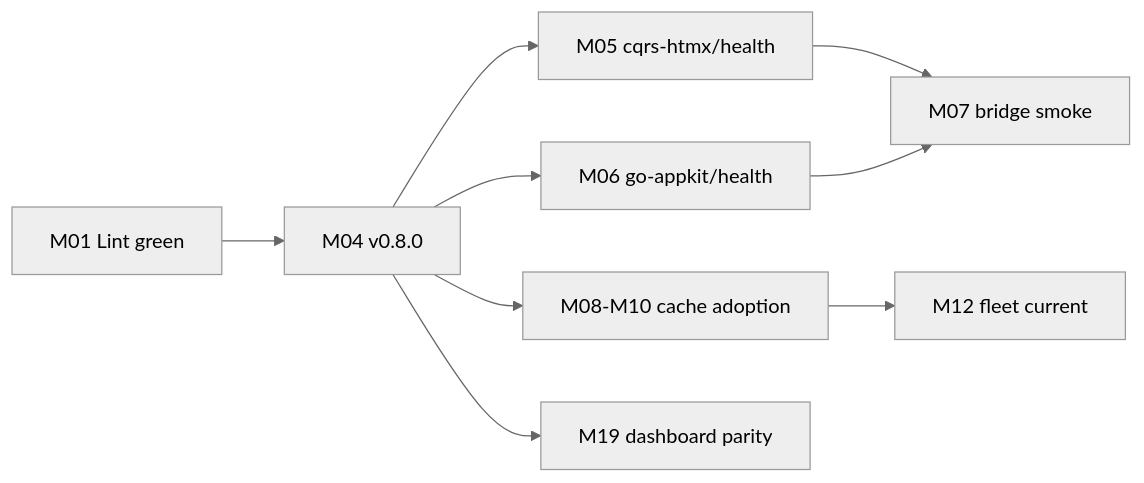
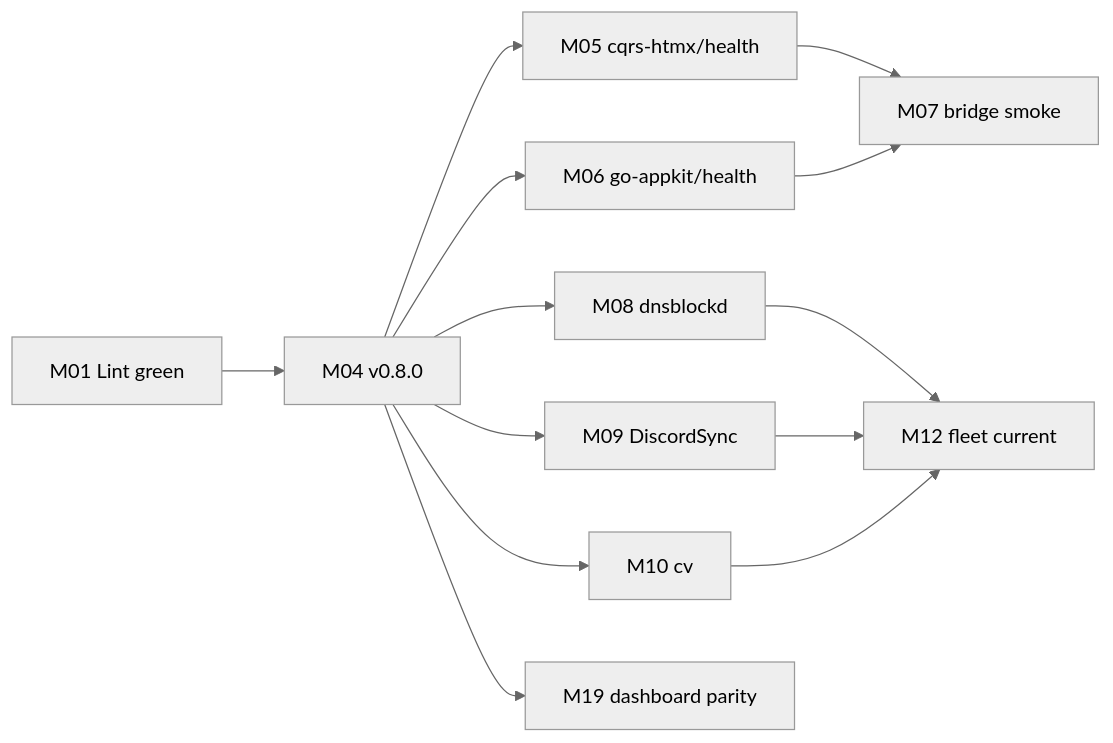
Before and after one commit to LarsArtmann/go-health: the second of 2 diagrams in docs/planning/2026-10-27_19-18_supplier-wave-v080-from-primitives-to-fleet.md, drawn with Mermaid (neutral theme). The commit also changed other lines of this file, not shown here.

````diff
--- a/docs/planning/2026-10-27_19-18_supplier-wave-v080-from-primitives-to-fleet.md
+++ b/docs/planning/2026-10-27_19-18_supplier-wave-v080-from-primitives-to-fleet.md
@@ -637,11 +656,15 @@
 ```mermaid
 flowchart LR
-  A["M01 Lint green"] --> B["M04 v0.8.0"]
-  B --> C["M05 cqrs-htmx/health"]
-  B --> D["M06 go-appkit/health"]
-  C --> E["M07 bridge smoke"]
-  D --> E
-  B --> F["M08-M10 cache adoption"]
-  F --> G["M12 fleet current"]
-  B --> H["M19 dashboard parity"]
+  M01["M01 Lint green"] --> M04["M04 v0.8.0"]
+  M04 --> M05["M05 cqrs-htmx/health"]
+  M04 --> M06["M06 go-appkit/health"]
+  M05 --> M07["M07 bridge smoke"]
+  M06 --> M07
+  M04 --> M08["M08 dnsblockd"]
+  M04 --> M09["M09 DiscordSync"]
+  M04 --> M10["M10 cv"]
+  M08 --> M12["M12 fleet current"]
+  M09 --> M12
+  M10 --> M12
+  M04 --> M19["M19 dashboard parity"]
 ```
````
